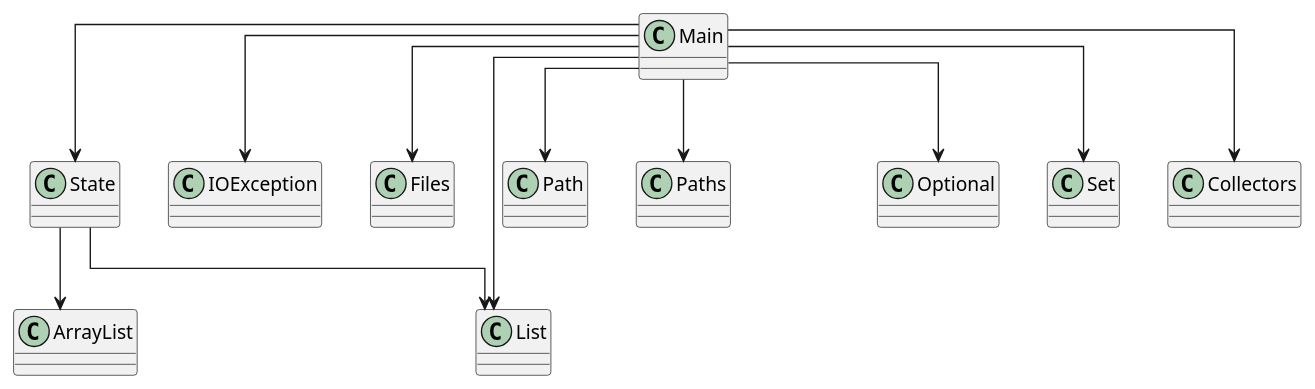
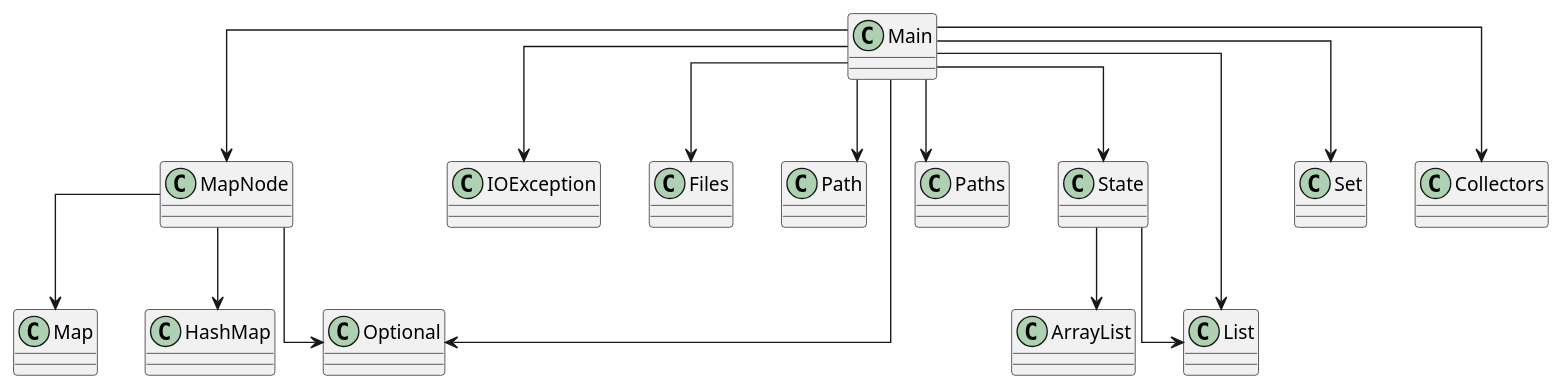
The diagram in diagram.puml (SirMathhman/Magma), drawn with PlantUML before and after one commit. The commit also changed 2 other files, not shown here.

```diff
--- a/diagram.puml
+++ b/diagram.puml
@@ -1,16 +1,21 @@
 @startuml
 skinparam linetype ortho
 class Main
+Main --> MapNode
 Main --> State
 Main --> IOException
 Main --> Files
 Main --> Path
 Main --> Paths
 Main --> List
 Main --> Optional
 Main --> Set
 Main --> Collectors
+class MapNode
+MapNode --> HashMap
+MapNode --> Map
+MapNode --> Optional
 class State
 State --> ArrayList
 State --> List
 @enduml
```
